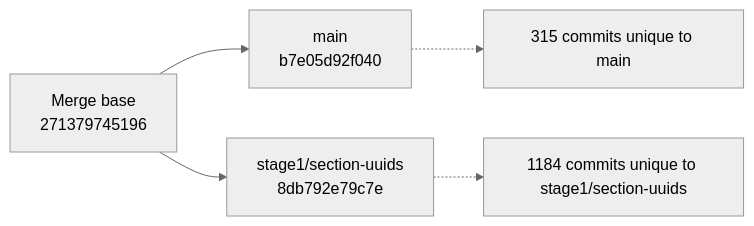
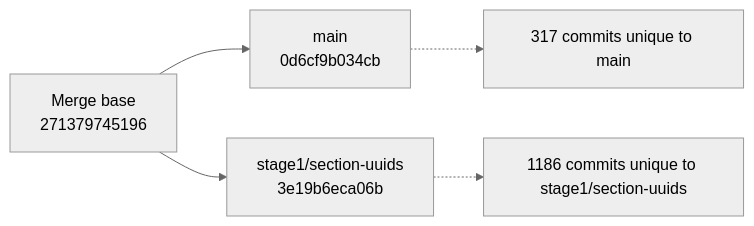
Before and after one commit to snoopdock/Finite_element_analysis_project: the diagram in branch-graphify-results/latest/git-lineage.mmd, drawn with Mermaid (neutral theme). The commit also changed 10 other files, not shown here.

Commit message:
Update Graphify branch analysis [skip ci]

```diff
--- a/branch-graphify-results/latest/git-lineage.mmd
+++ b/branch-graphify-results/latest/git-lineage.mmd
@@ -1,10 +1,10 @@
 flowchart LR
   MB["Merge base<br/>271379745196"]
-  B["main<br/>b7e05d92f040"]
-  C["stage1/section-uuids<br/>8db792e79c7e"]
+  B["main<br/>0d6cf9b034cb"]
+  C["stage1/section-uuids<br/>3e19b6eca06b"]
   MB --> B
   MB --> C
-  B_note["315 commits unique to main"]
-  C_note["1184 commits unique to stage1/section-uuids"]
+  B_note["317 commits unique to main"]
+  C_note["1186 commits unique to stage1/section-uuids"]
   B -.-> B_note
   C -.-> C_note
```
